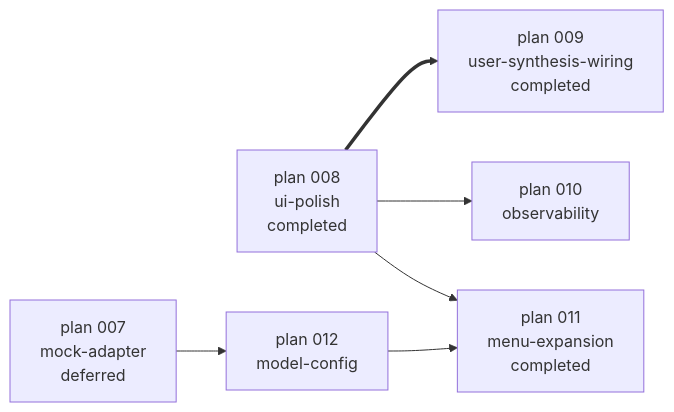
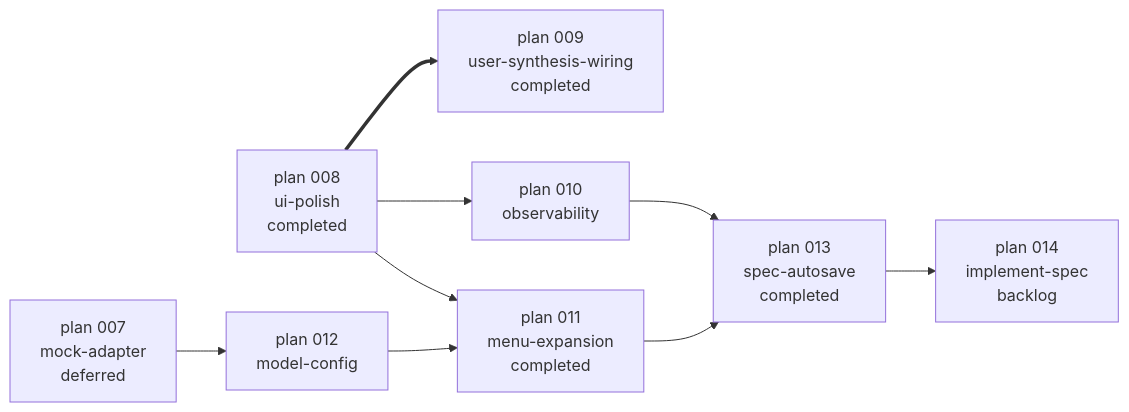
Before and after one commit to shinjw4929/Dialectic-CLI: the diagram in docs/dev-docs/Plans/upcoming-plans.md, drawn with Mermaid. The commit also changed other lines of this file and 43 other files, not shown here.

First line of the commit message:
Land plan 010 observability + plan 013 spec-autosave

````diff
--- a/docs/dev-docs/Plans/upcoming-plans.md
+++ b/docs/dev-docs/Plans/upcoming-plans.md
@@ -16,15 +16,20 @@
 ```mermaid
 flowchart LR
     P008[plan 008<br/>ui-polish<br/>completed]
     P007[plan 007<br/>mock-adapter<br/>deferred]
     P009[plan 009<br/>user-synthesis-wiring<br/>completed]
     P010[plan 010<br/>observability]
     P011[plan 011<br/>menu-expansion<br/>completed]
     P012[plan 012<br/>model-config]
+    P013[plan 013<br/>spec-autosave<br/>completed]
+    P014[plan 014<br/>implement-spec<br/>backlog]
 
     P008 ==> P009
     P008 --> P010
     P008 --> P011
     P007 --> P012
     P012 --> P011
+    P011 --> P013
+    P010 --> P013
+    P013 --> P014
 ```
````
